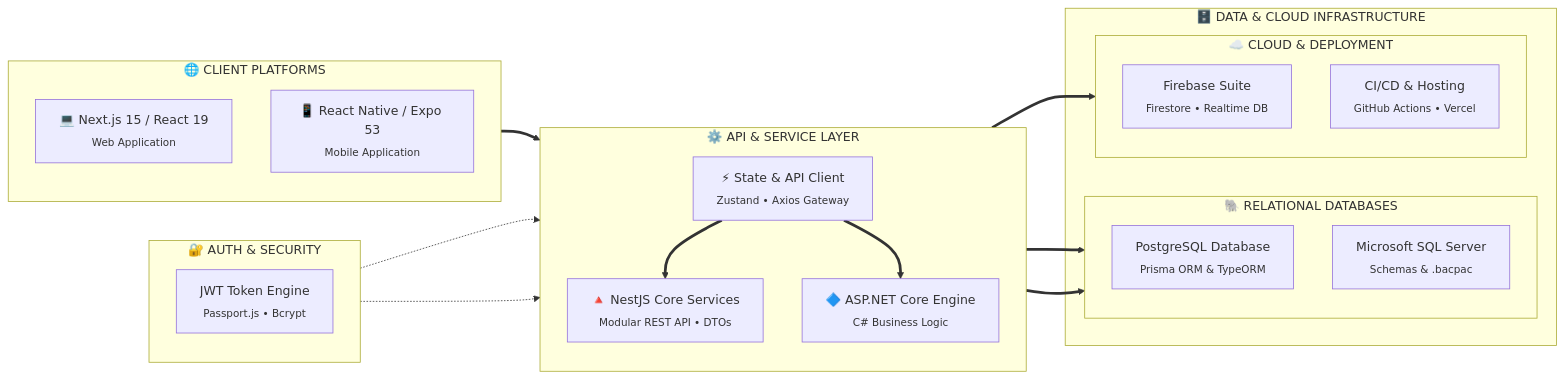
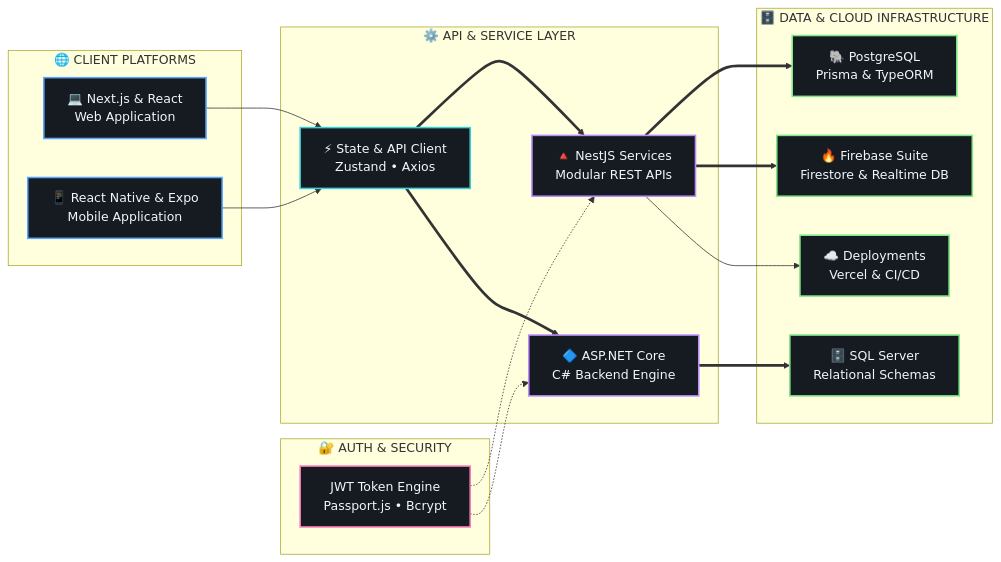
The diagram in README.md (FaiazRahmanFahim/FaiazRahmanFahim), drawn with Mermaid before and after one commit. The commit also changed other lines of this file and 7 other files, not shown here.

Commit message:
fix: resolve Mermaid text truncation, remove versions, and add custom colors

````diff
--- a/README.md
+++ b/README.md
@@ -150,38 +150,50 @@
 ```mermaid
 flowchart LR
+    %% Subgraphs
     subgraph Clients ["🌐 CLIENT PLATFORMS"]
-        Web["💻 Next.js 15 / React 19<br/><sub>Web Application</sub>"]
-        Mobile["📱 React Native / Expo 53<br/><sub>Mobile Application</sub>"]
+        Web["💻 Next.js & React<br/>Web Application"]
+        Mobile["📱 React Native & Expo<br/>Mobile Application"]
+    end
+
+    subgraph Security ["🔐 AUTH & SECURITY"]
+        Auth["JWT Token Engine<br/>Passport.js • Bcrypt"]
     end
 
     subgraph CoreEngine ["⚙️ API & SERVICE LAYER"]
-        direction TB
-        Gate["⚡ State & API Client<br/><sub>Zustand • Axios Gateway</sub>"]
-        Nest["🔺 NestJS Core Services<br/><sub>Modular REST API • DTOs</sub>"]
-        DotNet["🔷 ASP.NET Core Engine<br/><sub>C# Business Logic</sub>"]
-        Gate ==> Nest
-        Gate ==> DotNet
-    end
-
-    subgraph SecurityLayer ["🔐 AUTH & SECURITY"]
-        Auth["JWT Token Engine<br/><sub>Passport.js • Bcrypt</sub>"]
+        Gate["⚡ State & API Client<br/>Zustand • Axios"]
+        Nest["🔺 NestJS Services<br/>Modular REST APIs"]
+        DotNet["🔷 ASP.NET Core<br/>C# Backend Engine"]
     end
 
     subgraph Storage ["🗄️ DATA & CLOUD INFRASTRUCTURE"]
-        subgraph Databases ["🐘 RELATIONAL DATABASES"]
-            Postgres["PostgreSQL Database<br/><sub>Prisma ORM & TypeORM</sub>"]
-            SQLServer["Microsoft SQL Server<br/><sub>Schemas & .bacpac</sub>"]
-        end
-        subgraph CloudInfra ["☁️ CLOUD & DEPLOYMENT"]
-            Firebase["Firebase Suite<br/><sub>Firestore • Realtime DB</sub>"]
-            Deploy["CI/CD & Hosting<br/><sub>GitHub Actions • Vercel</sub>"]
-        end
+        Postgres["🐘 PostgreSQL<br/>Prisma & TypeORM"]
+        SQLServer["🗄️ SQL Server<br/>Relational Schemas"]
+        Firebase["🔥 Firebase Suite<br/>Firestore & Realtime DB"]
+        Cloud["☁️ Deployments<br/>Vercel & CI/CD"]
     end
 
-    Clients ==> Gate
-    SecurityLayer -.-> Nest
-    SecurityLayer -.-> DotNet
-    Nest ==> Databases
-    Nest ==> CloudInfra
-    DotNet ==> Databases
+    %% Connections
+    Web --> Gate
+    Mobile --> Gate
+    Gate ==> Nest
+    Gate ==> DotNet
+    Auth -.-> Nest
+    Auth -.-> DotNet
+    Nest ==> Postgres
+    Nest ==> Firebase
+    DotNet ==> SQLServer
+    Nest --> Cloud
+
+    %% Colors & Styling
+    classDef clientStyle fill:#161b22,stroke:#58A6FF,stroke-width:2px,color:#f0f6fc;
+    classDef gateStyle fill:#161b22,stroke:#39D0D8,stroke-width:2px,color:#f0f6fc;
+    classDef backendStyle fill:#161b22,stroke:#BC8CFF,stroke-width:2px,color:#f0f6fc;
+    classDef authStyle fill:#161b22,stroke:#F778BA,stroke-width:2px,color:#f0f6fc;
+    classDef dbStyle fill:#161b22,stroke:#7EE787,stroke-width:2px,color:#f0f6fc;
+
+    class Web,Mobile clientStyle;
+    class Gate gateStyle;
+    class Nest,DotNet backendStyle;
+    class Auth authStyle;
+    class Postgres,SQLServer,Firebase,Cloud dbStyle;
 ```
````
